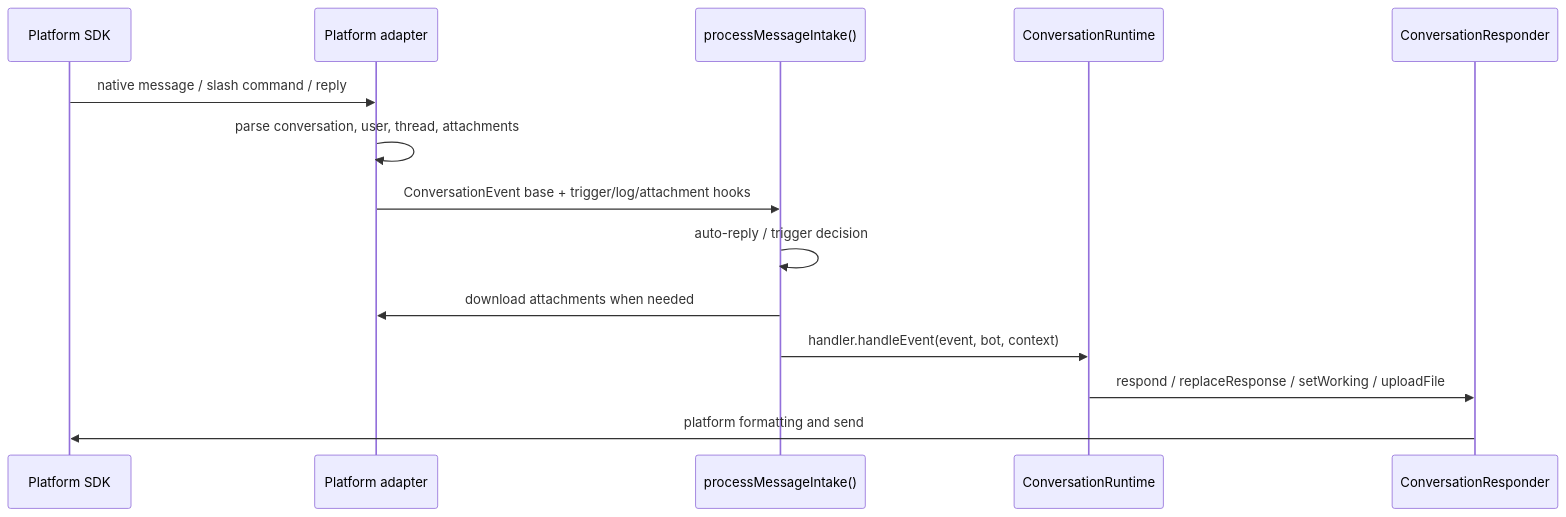
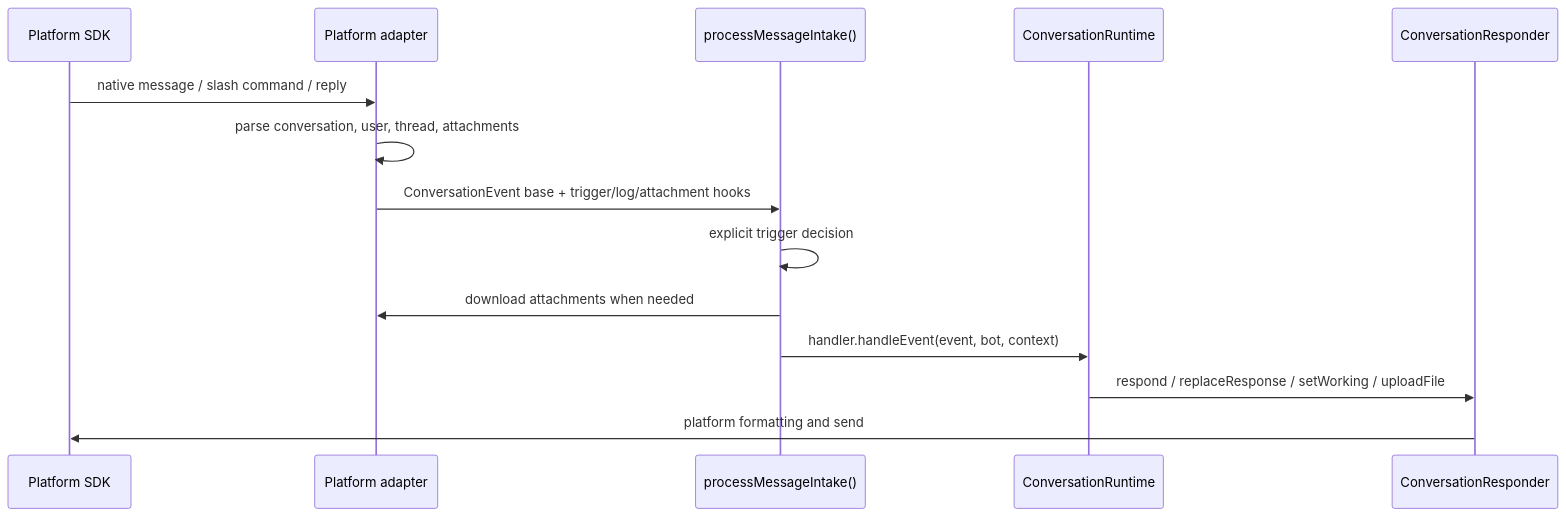
One commit to geminixiang/mikan changed the diagram in src/content/docs/platform-adapters.mdx. Above: the diagram before and after it, drawn with Mermaid. The commit also changed other lines of this file and 92 other files, not shown here.

First line of the commit message:
refactor: consolidate harness modules and retire auto-reply

````diff
--- a/src/content/docs/platform-adapters.mdx
+++ b/src/content/docs/platform-adapters.mdx
@@ -55,17 +55,17 @@
 ```mermaid
 sequenceDiagram
   participant P as Platform SDK
   participant A as Platform adapter
   participant I as processMessageIntake()
   participant R as ConversationRuntime
   participant C as ConversationResponder
 
   P->>A: native message / slash command / reply
   A->>A: parse conversation, user, thread, attachments
   A->>I: ConversationEvent base + trigger/log/attachment hooks
-  I->>I: auto-reply / trigger decision
+  I->>I: explicit trigger decision
   I->>A: download attachments when needed
   I->>R: handler.handleEvent(event, bot, context)
   R->>C: respond / replaceResponse / setWorking / uploadFile
   C->>P: platform formatting and send
 ```
````
